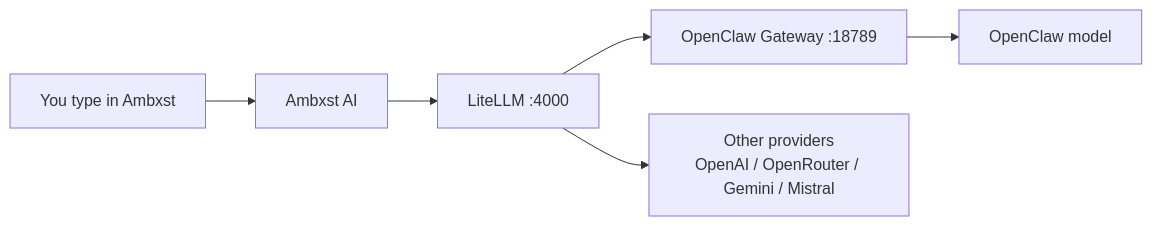
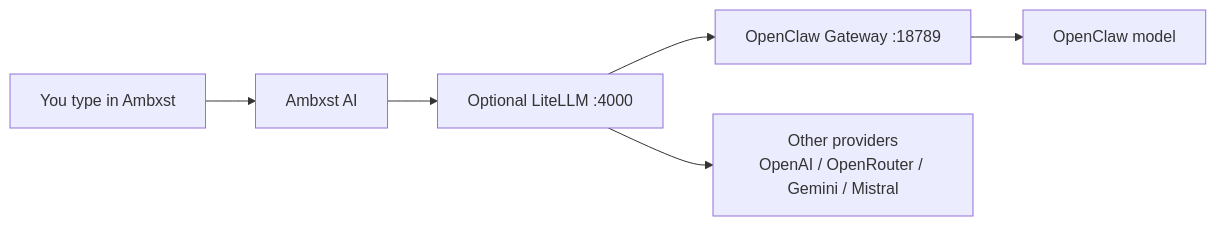
One commit to Valo-Asura/hyprNixos changed the first of 2 diagrams in docs/AMBXST_OPENCLAW_GUIDE.md. Above: the diagram before and after it, drawn with Mermaid. The commit also changed other lines of this file and 6 other files, not shown here.

Commit message:
Document Ambxst validation and keybind flow

````diff
--- a/docs/AMBXST_OPENCLAW_GUIDE.md
+++ b/docs/AMBXST_OPENCLAW_GUIDE.md
@@ -14,8 +14,8 @@
 ```mermaid
 flowchart LR
   A[You type in Ambxst] --> B[Ambxst AI]
-  B --> C[LiteLLM :4000]
+  B --> C[Optional LiteLLM :4000]
   C --> D[OpenClaw Gateway :18789]
   D --> E[OpenClaw model]
   C --> F[Other providers<br/>OpenAI / OpenRouter / Gemini / Mistral]
 ```
````
